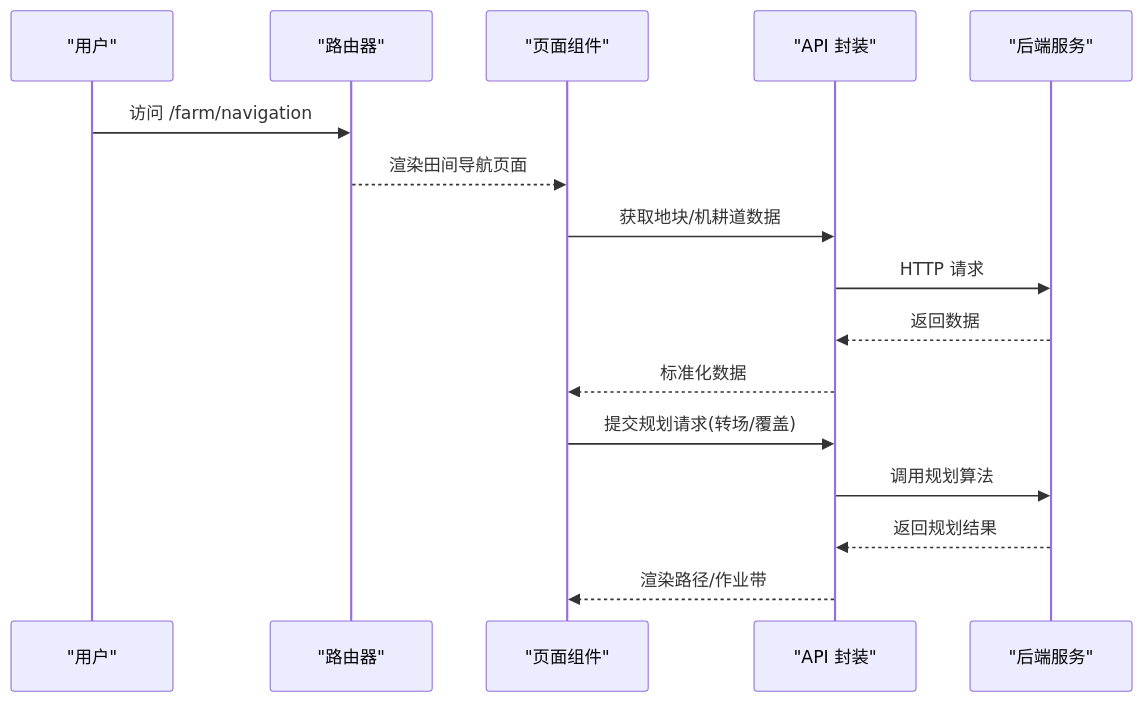
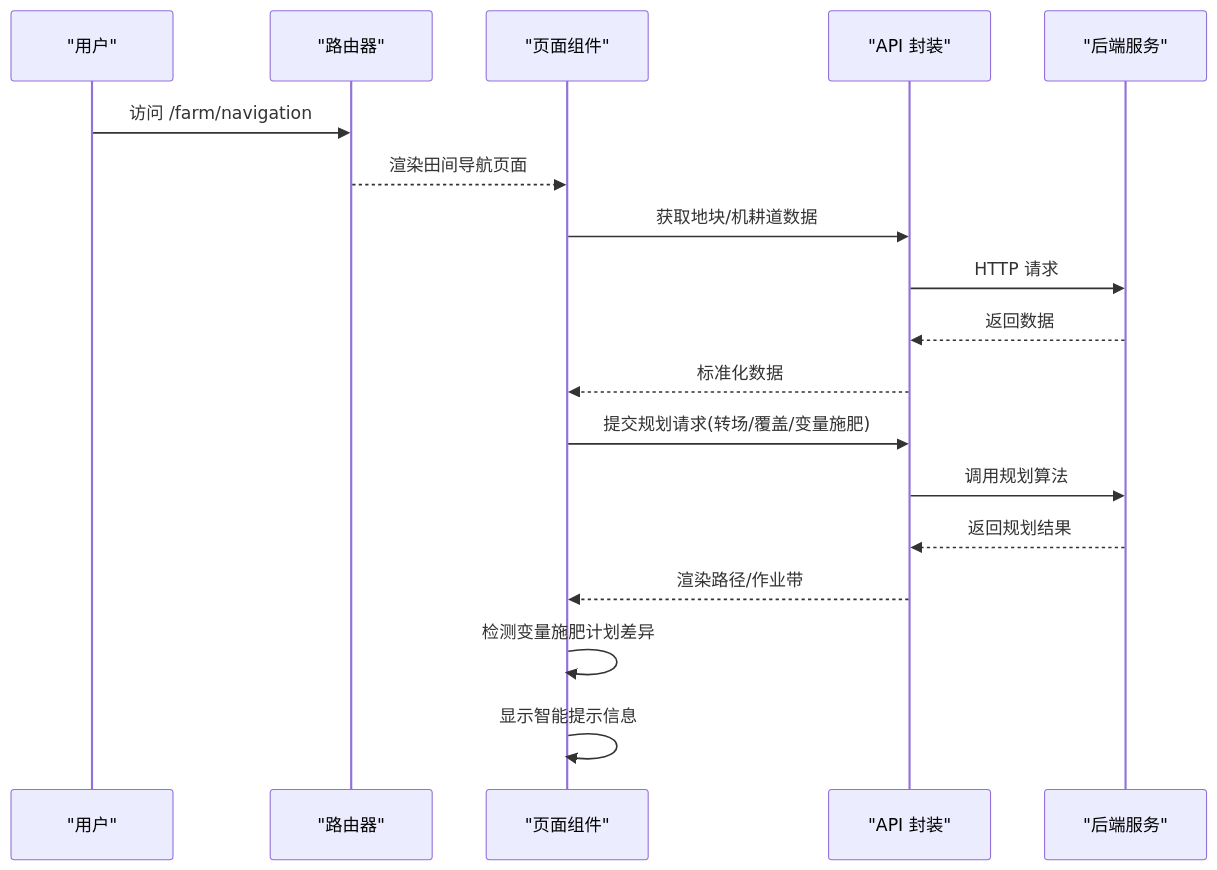
Before and after one commit to q446328246/agri-platform: the second of 10 diagrams in .qoder/repowiki/zh/content/前端应用文档/核心页面/核心页面.md, drawn with Mermaid. The commit also changed other lines of this file and 47 other files, not shown here.

````diff
--- a/.qoder/repowiki/zh/content/前端应用文档/核心页面/核心页面.md
+++ b/.qoder/repowiki/zh/content/前端应用文档/核心页面/核心页面.md
@@ -130,18 +131,20 @@
 ```mermaid
 sequenceDiagram
 participant U as "用户"
 participant R as "路由器"
 participant V as "页面组件"
 participant A as "API 封装"
 participant S as "后端服务"
 U->>R : 访问 /farm/navigation
 R-->>V : 渲染田间导航页面
 V->>A : 获取地块/机耕道数据
 A->>S : HTTP 请求
 S-->>A : 返回数据
 A-->>V : 标准化数据
-V->>A : 提交规划请求(转场/覆盖)
+V->>A : 提交规划请求(转场/覆盖/变量施肥)
 A->>S : 调用规划算法
 S-->>A : 返回规划结果
 A-->>V : 渲染路径/作业带
+V->>V : 检测变量施肥计划差异
+V->>V : 显示智能提示信息
 ```
````
